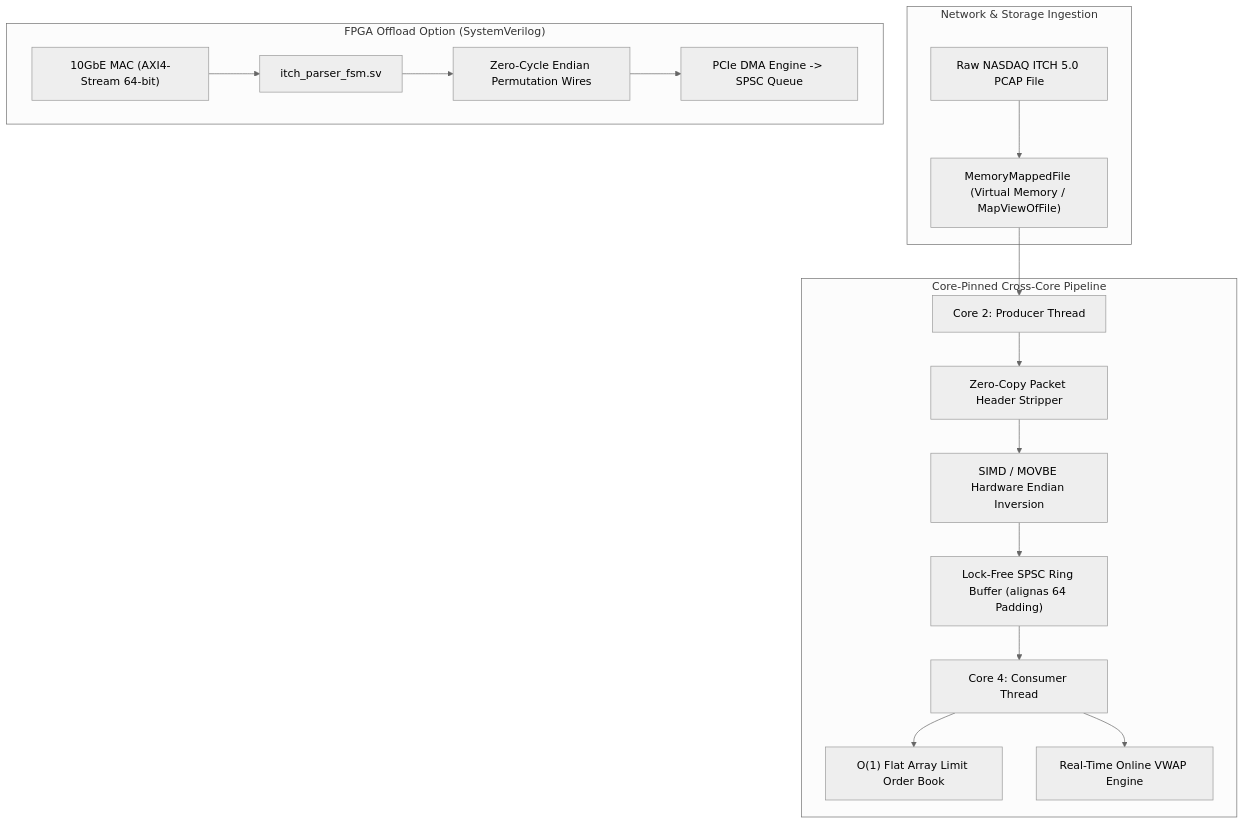
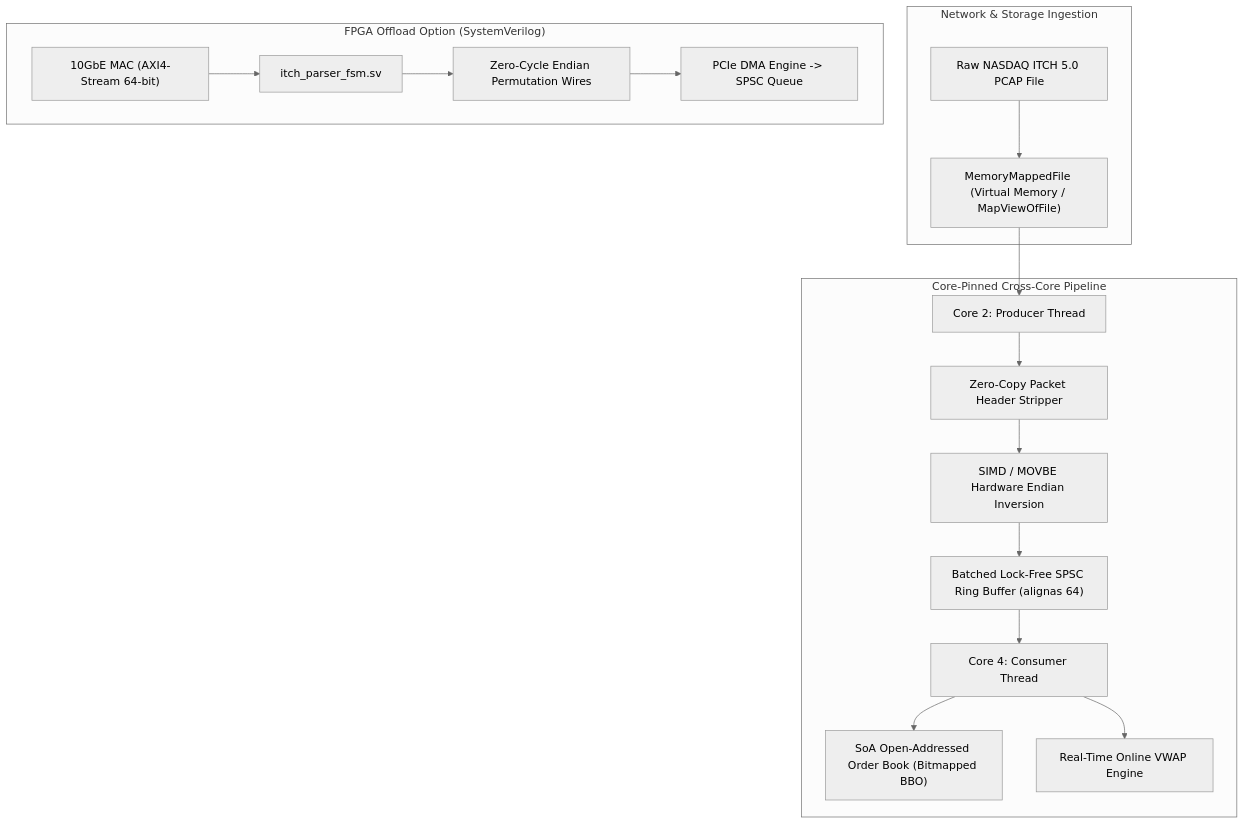
The first of 2 diagrams in README.md (ak495867/Kestrel), drawn with Mermaid (neutral theme) before and after one commit. The commit also changed other lines of this file and 1 other file, not shown here.

Commit message:
docs: update README with honest benchmarks and SoA bitmapped architecture

````diff
--- a/README.md
+++ b/README.md
@@ -37,22 +38,22 @@
 ```mermaid
 flowchart TD
     subgraph INGESTION["Network & Storage Ingestion"]
         A["Raw NASDAQ ITCH 5.0 PCAP File"] --> B["MemoryMappedFile (Virtual Memory / MapViewOfFile)"]
     end
 
     subgraph PIPELINE["Core-Pinned Cross-Core Pipeline"]
         B --> C["Core 2: Producer Thread"]
         C --> D["Zero-Copy Packet Header Stripper"]
         D --> E["SIMD / MOVBE Hardware Endian Inversion"]
-        E --> F["Lock-Free SPSC Ring Buffer (alignas 64 Padding)"]
+        E --> F["Batched Lock-Free SPSC Ring Buffer (alignas 64)"]
         F --> G["Core 4: Consumer Thread"]
-        G --> H["O(1) Flat Array Limit Order Book"]
+        G --> H["SoA Open-Addressed Order Book (Bitmapped BBO)"]
         G --> I["Real-Time Online VWAP Engine"]
     end
 
     subgraph HARDWARE["FPGA Offload Option (SystemVerilog)"]
         J["10GbE MAC (AXI4-Stream 64-bit)"] --> K["itch_parser_fsm.sv"]
         K --> L["Zero-Cycle Endian Permutation Wires"]
         L --> M["PCIe DMA Engine -> SPSC Queue"]
     end
 ```
````
